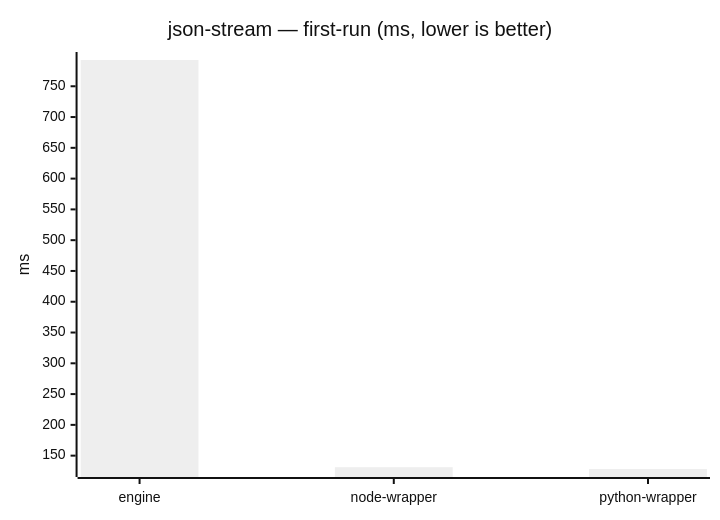
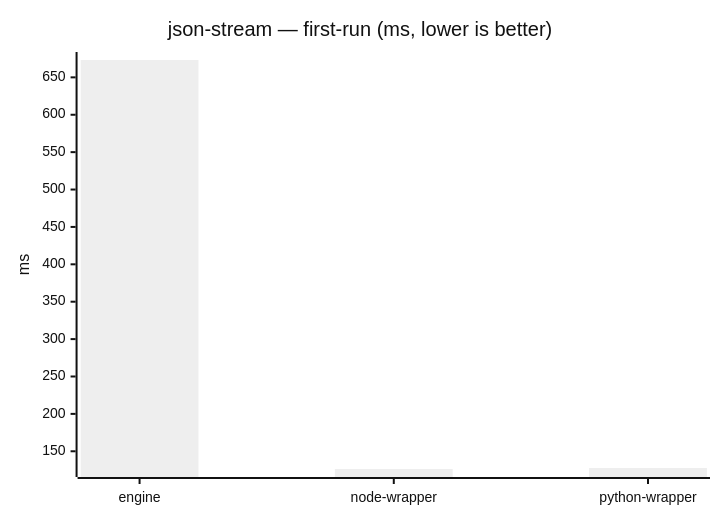
One commit to mulesoft/data-weave-cli changed diagram 11 of 23 in benchmarks/report/RESULTS.md. Above: the diagram before and after it, drawn with Mermaid (neutral theme). The commit also changed other lines of this file, not shown here.

````diff
--- a/benchmarks/report/RESULTS.md
+++ b/benchmarks/report/RESULTS.md
@@ -134,7 +134,7 @@
 ```mermaid
 xychart-beta
     title "json-stream — first-run (ms, lower is better)"
     x-axis ["engine", "node-wrapper", "python-wrapper"]
     y-axis "ms"
-    bar [792.661, 131.286, 128.314]
+    bar [673.213, 126.296, 127.674]
 ```
````
